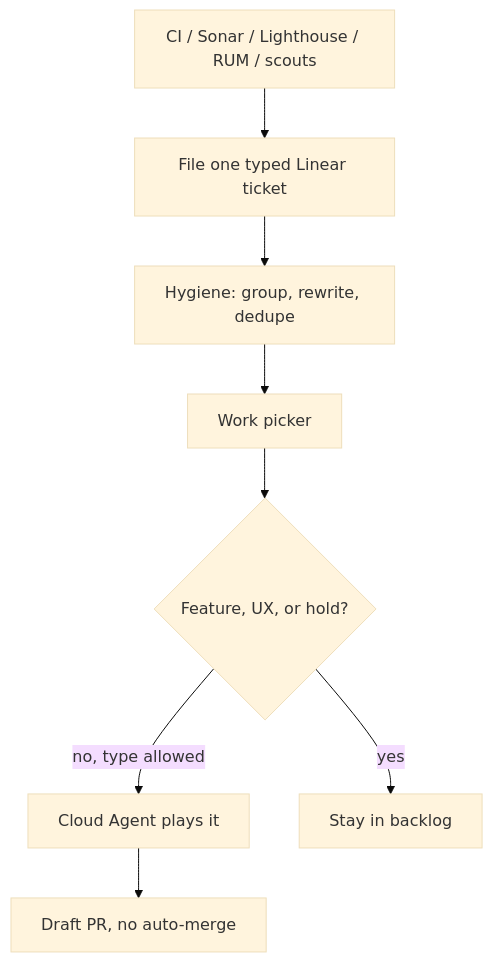
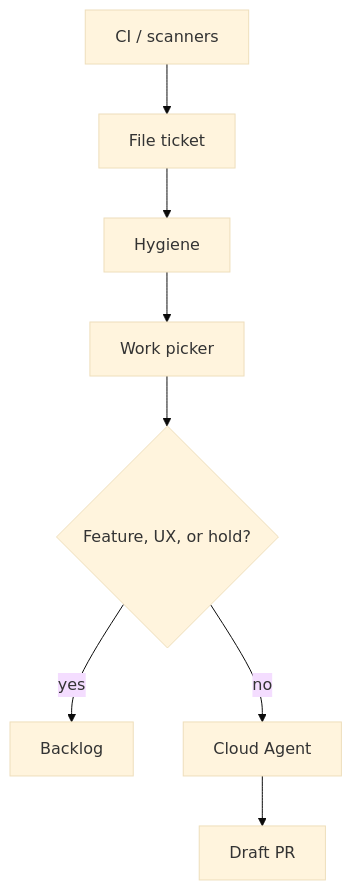
One commit to mzworthington/waykit changed the diagram in SOPs/quality-loops.md. Above: the diagram before and after it, drawn with Mermaid (base theme). The commit also changed other lines of this file and 14 other files, not shown here.

````diff
--- a/SOPs/quality-loops.md
+++ b/SOPs/quality-loops.md
@@ -22,15 +22,7 @@
 ```mermaid
 flowchart TD
-  src[CI / Sonar / Lighthouse / RUM / scouts]
-  file[File one typed Linear ticket]
-  hygiene[Hygiene: group, rewrite, dedupe]
-  pick[Work picker]
-  feature{Feature, UX, or hold?}
-  auto[Cloud Agent plays it]
-  wait[Stay in backlog]
-  pr[Draft PR, no auto-merge]
-  src --> file --> hygiene --> pick
-  pick --> feature
-  feature -->|yes| wait
-  feature -->|no, type allowed| auto --> pr
+  src[CI / scanners] --> file[File ticket] --> hygiene[Hygiene] --> pick[Work picker]
+  pick --> feature{Feature, UX, or hold?}
+  feature -->|yes| wait[Backlog]
+  feature -->|no| auto[Cloud Agent] --> pr[Draft PR]
 ```
````
